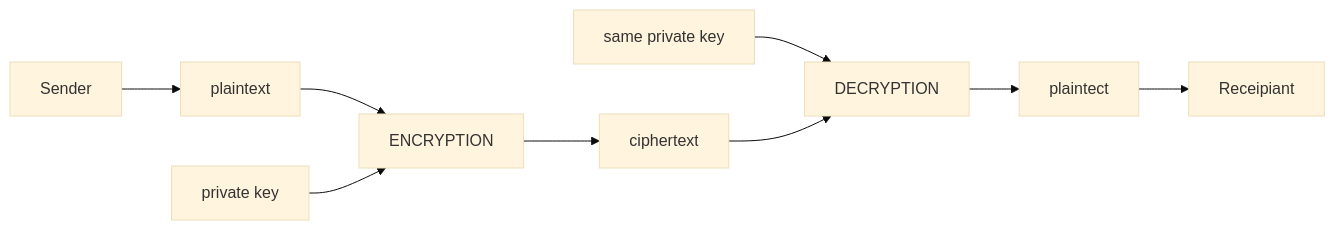
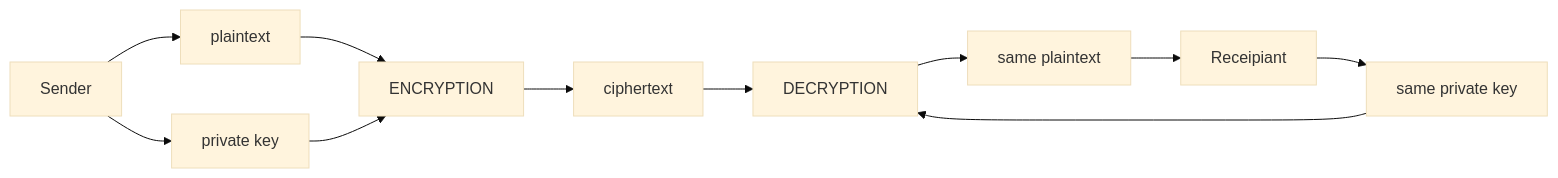
One commit to Kietpawpan/encryption changed the diagram in README.md. Above: the diagram before and after it, drawn with Mermaid (base theme).

````diff
--- a/README.md
+++ b/README.md
@@ -5,8 +5,10 @@
 ```mermaid
 flowchart LR
     A[Sender] --> B[plaintext]-->D
     C[private key]-->D[ENCRYPTION]-->E[ciphertext]
     F[Receipiant]
-    C2[same private key]-->G[DECRYPTION]-->I[plaintect]-->F
+    C2[same private key]-->G[DECRYPTION]-->I[same plaintext]-->F
      E-->G
+A-->C
+F-->C2
 ```
````
